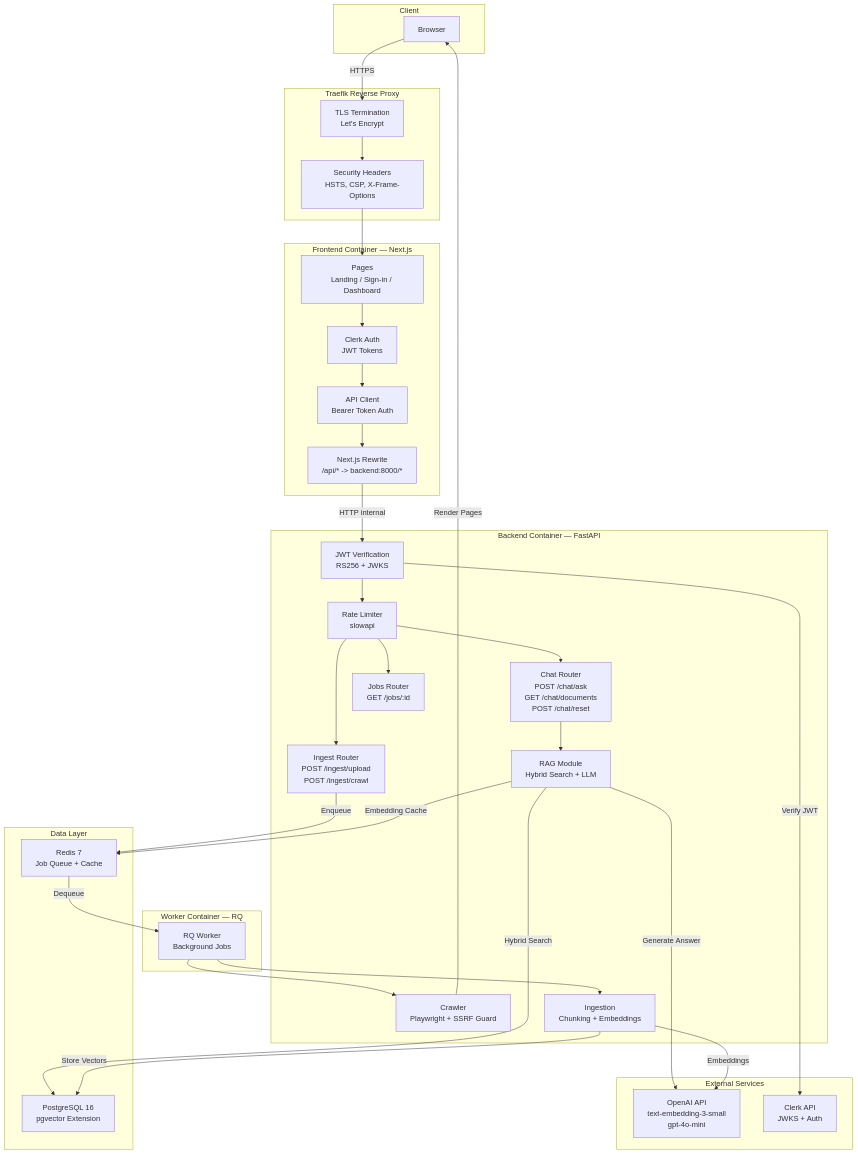
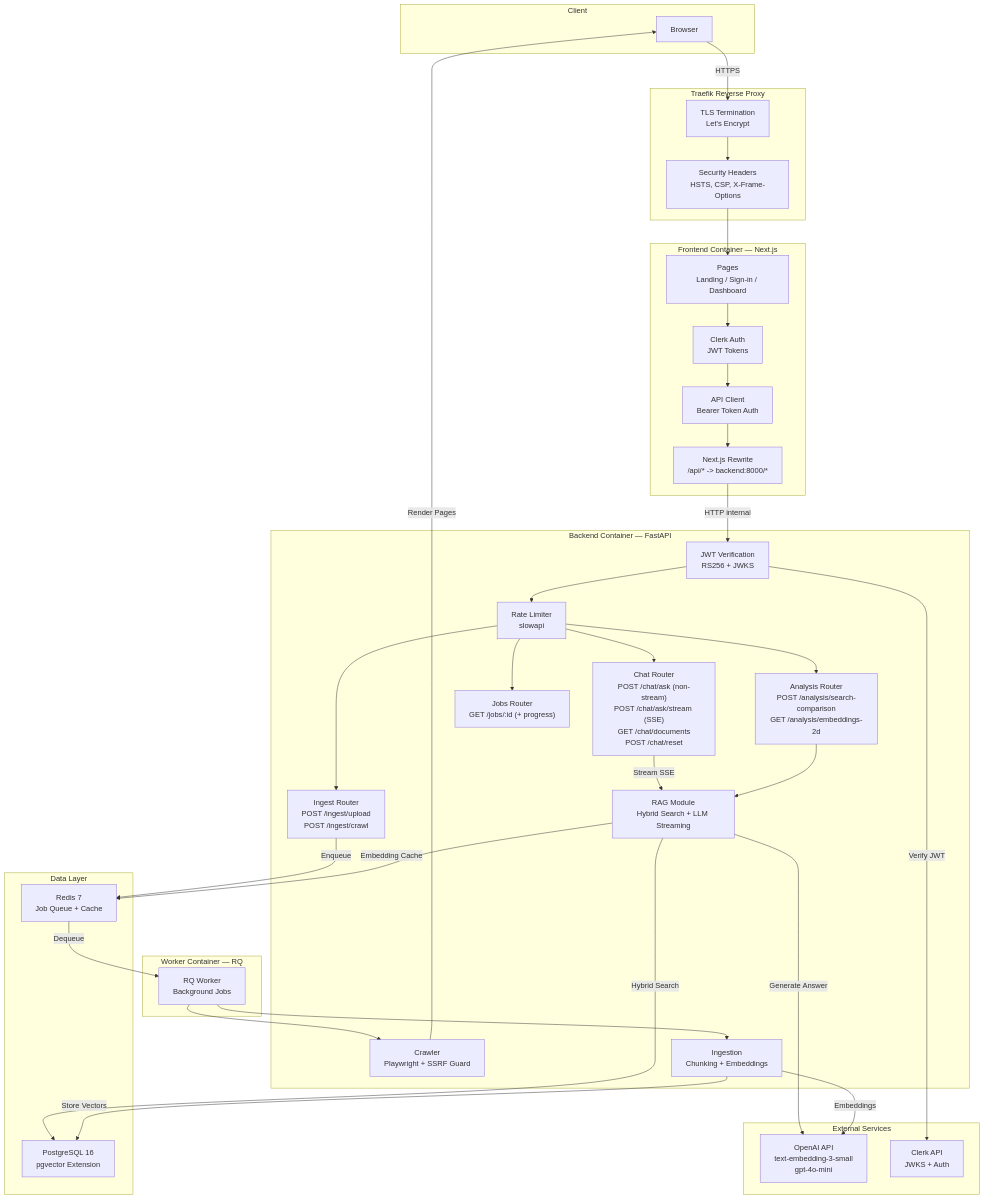
One commit to DevPedroGomes/RAG-Crawler changed the first of 2 diagrams in README.md. Above: the diagram before and after it, drawn with Mermaid. The commit also changed other lines of this file and 13 other files, not shown here.

First line of the commit message:
Add streaming responses, pipeline visibility, search analysis, and embedding visualization

````diff
--- a/README.md
+++ b/README.md
@@ -36,67 +36,70 @@
 ```mermaid
 graph TB
     subgraph Client
         Browser["Browser"]
     end
 
     subgraph Traefik["Traefik Reverse Proxy"]
         SSL["TLS Termination<br/>Let's Encrypt"]
         Headers["Security Headers<br/>HSTS, CSP, X-Frame-Options"]
     end
 
     subgraph Frontend["Frontend Container — Next.js"]
         Pages["Pages<br/>Landing / Sign-in / Dashboard"]
         Clerk["Clerk Auth<br/>JWT Tokens"]
         APIClient["API Client<br/>Bearer Token Auth"]
         Rewrite["Next.js Rewrite<br/>/api/* -> backend:8000/*"]
     end
 
     subgraph Backend["Backend Container — FastAPI"]
         Auth["JWT Verification<br/>RS256 + JWKS"]
         RateLimit["Rate Limiter<br/>slowapi"]
         IngestRouter["Ingest Router<br/>POST /ingest/upload<br/>POST /ingest/crawl"]
-        ChatRouter["Chat Router<br/>POST /chat/ask<br/>GET /chat/documents<br/>POST /chat/reset"]
-        JobsRouter["Jobs Router<br/>GET /jobs/:id"]
-        RAG["RAG Module<br/>Hybrid Search + LLM"]
+        ChatRouter["Chat Router<br/>POST /chat/ask (non-stream)<br/>POST /chat/ask/stream (SSE)<br/>GET /chat/documents<br/>POST /chat/reset"]
+        AnalysisRouter["Analysis Router<br/>POST /analysis/search-comparison<br/>GET /analysis/embeddings-2d"]
+        JobsRouter["Jobs Router<br/>GET /jobs/:id (+ progress)"]
+        RAG["RAG Module<br/>Hybrid Search + LLM Streaming"]
         Crawler["Crawler<br/>Playwright + SSRF Guard"]
         Ingestion["Ingestion<br/>Chunking + Embeddings"]
     end
 
     subgraph Worker["Worker Container — RQ"]
         RQWorker["RQ Worker<br/>Background Jobs"]
     end
 
     subgraph Data["Data Layer"]
         PG["PostgreSQL 16<br/>pgvector Extension"]
         Redis["Redis 7<br/>Job Queue + Cache"]
     end
 
     subgraph External["External Services"]
         OpenAI["OpenAI API<br/>text-embedding-3-small<br/>gpt-4o-mini"]
         ClerkAPI["Clerk API<br/>JWKS + Auth"]
     end
 
     Browser -->|HTTPS| SSL
     SSL --> Headers
     Headers --> Pages
     Pages --> Clerk
     Clerk --> APIClient
     APIClient --> Rewrite
     Rewrite -->|HTTP internal| Auth
     Auth --> RateLimit
     RateLimit --> IngestRouter
     RateLimit --> ChatRouter
+    RateLimit --> AnalysisRouter
     RateLimit --> JobsRouter
     IngestRouter -->|Enqueue| Redis
-    ChatRouter --> RAG
+    ChatRouter -->|Stream SSE| RAG
+    AnalysisRouter --> RAG
     RAG -->|Hybrid Search| PG
     RAG -->|Generate Answer| OpenAI
     Redis -->|Dequeue| RQWorker
     RQWorker --> Crawler
     RQWorker --> Ingestion
     Crawler -->|Render Pages| Browser
     Ingestion -->|Embeddings| OpenAI
     Ingestion -->|Store Vectors| PG
     Auth -->|Verify JWT| ClerkAPI
     RAG -->|Embedding Cache| Redis
 ```
````
